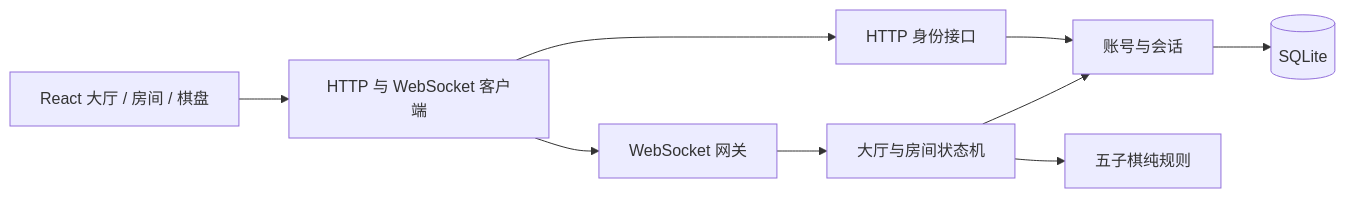
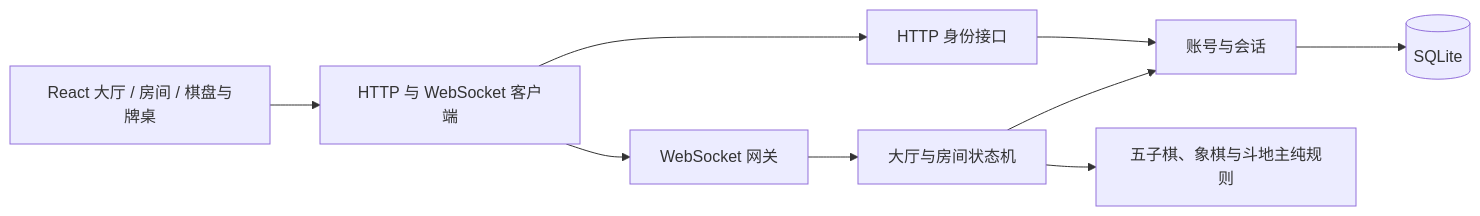
One commit to Nevermore130/lianzhong-hall changed the first of 2 diagrams in docs/ARCHITECTURE.md. Above: the diagram before and after it, drawn with Mermaid. The commit also changed other lines of this file and 235 other files, not shown here.

````diff
--- a/docs/ARCHITECTURE.md
+++ b/docs/ARCHITECTURE.md
@@ -5,11 +5,11 @@
 ```mermaid
 flowchart LR
-  UI[React 大厅 / 房间 / 棋盘] --> Client[HTTP 与 WebSocket 客户端]
+  UI[React 大厅 / 房间 / 棋盘与牌桌] --> Client[HTTP 与 WebSocket 客户端]
   Client --> HTTP[HTTP 身份接口]
   Client --> WS[WebSocket 网关]
   HTTP --> Accounts[账号与会话]
   WS --> Hall[大厅与房间状态机]
-  Hall --> Rules[五子棋纯规则]
+  Hall --> Rules[五子棋、象棋与斗地主纯规则]
   Hall --> Accounts
   Accounts --> DB[(SQLite)]
 ```
````
